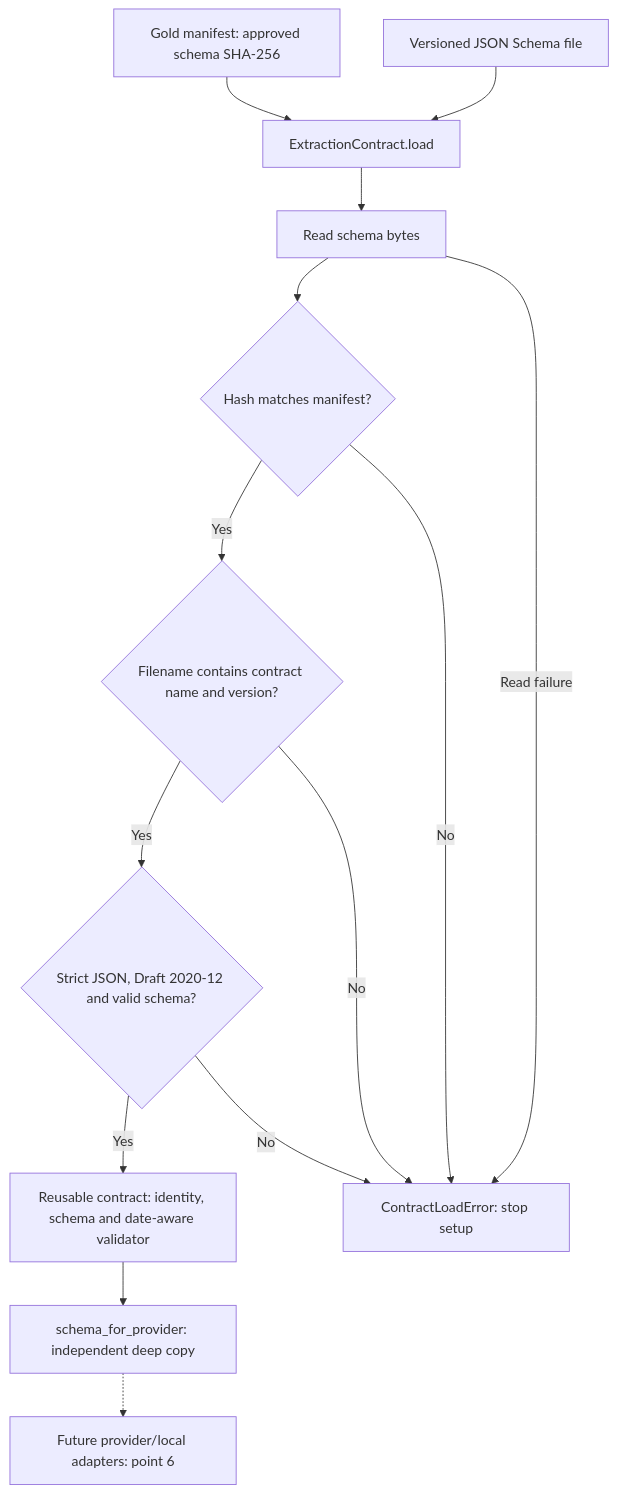
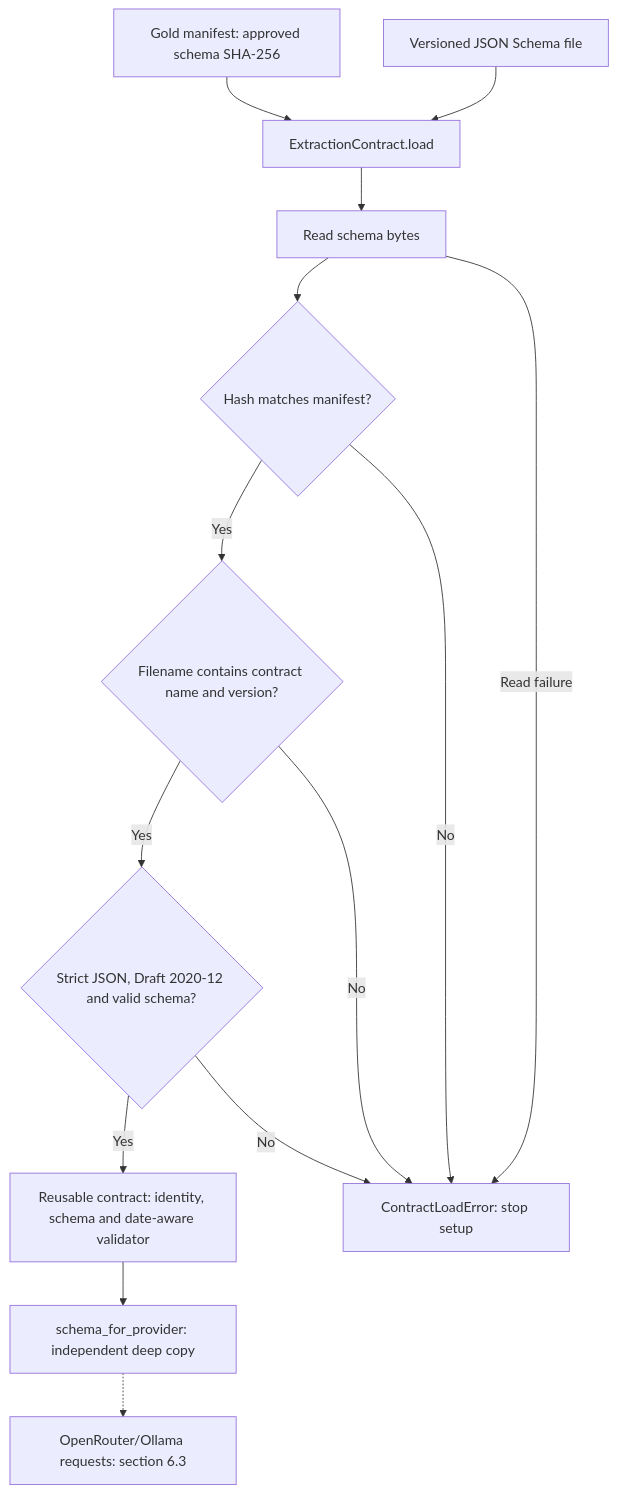
The first of 2 diagrams in hw-01/docs/runtime-validation.md (MarneusKalgar/rd_ai), drawn with Mermaid before and after one commit. The commit also changed other lines of this file and 27 other files, not shown here.

````diff
--- a/hw-01/docs/runtime-validation.md
+++ b/hw-01/docs/runtime-validation.md
@@ -17,16 +17,16 @@
 ```mermaid
 flowchart TD
     manifest["Gold manifest: approved schema SHA-256"] --> load["ExtractionContract.load"]
     file["Versioned JSON Schema file"] --> load
     load --> read["Read schema bytes"]
     read --> hash{"Hash matches manifest?"}
     hash -->|Yes| name{"Filename contains contract name and version?"}
     name -->|Yes| schema{"Strict JSON, Draft 2020-12 and valid schema?"}
     schema -->|Yes| ready["Reusable contract: identity, schema and date-aware validator"]
     read -->|Read failure| error["ContractLoadError: stop setup"]
     hash -->|No| error
     name -->|No| error
     schema -->|No| error
     ready --> copy["schema_for_provider: independent deep copy"]
-    copy -.-> adapter["Future provider/local adapters: point 6"]
+    copy -.-> adapter["OpenRouter/Ollama requests: section 6.3"]
 ```
````
